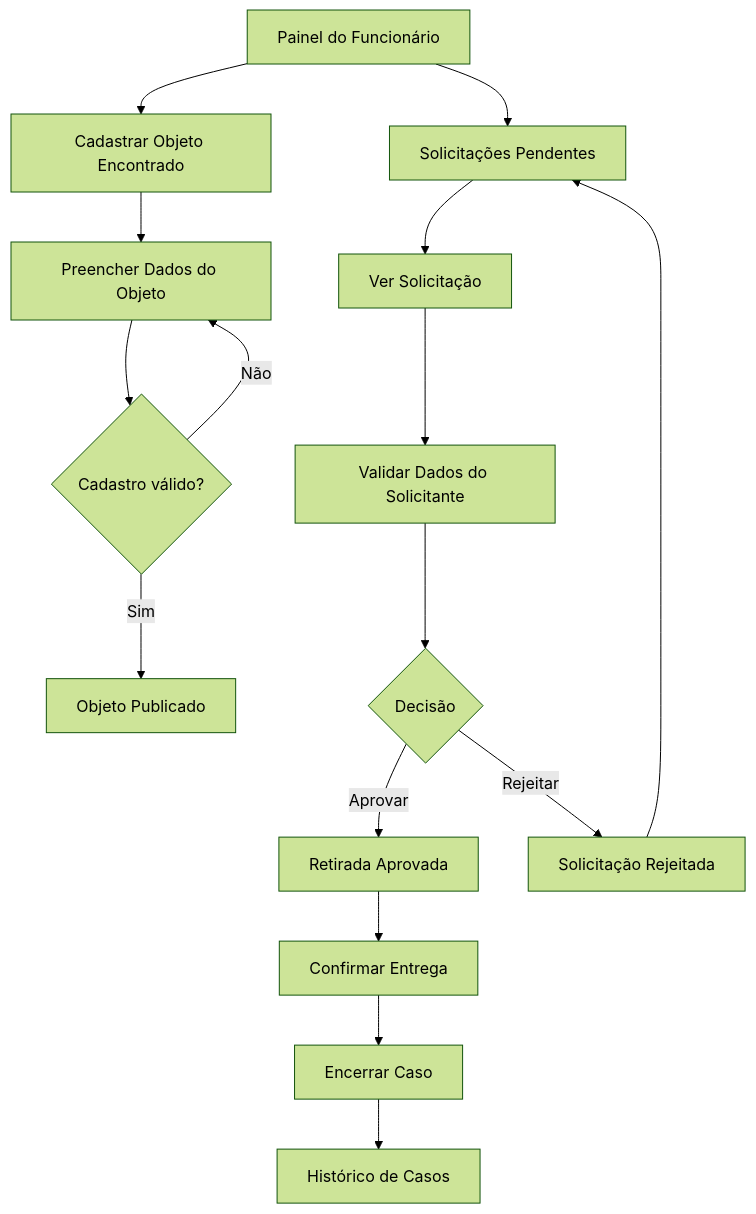
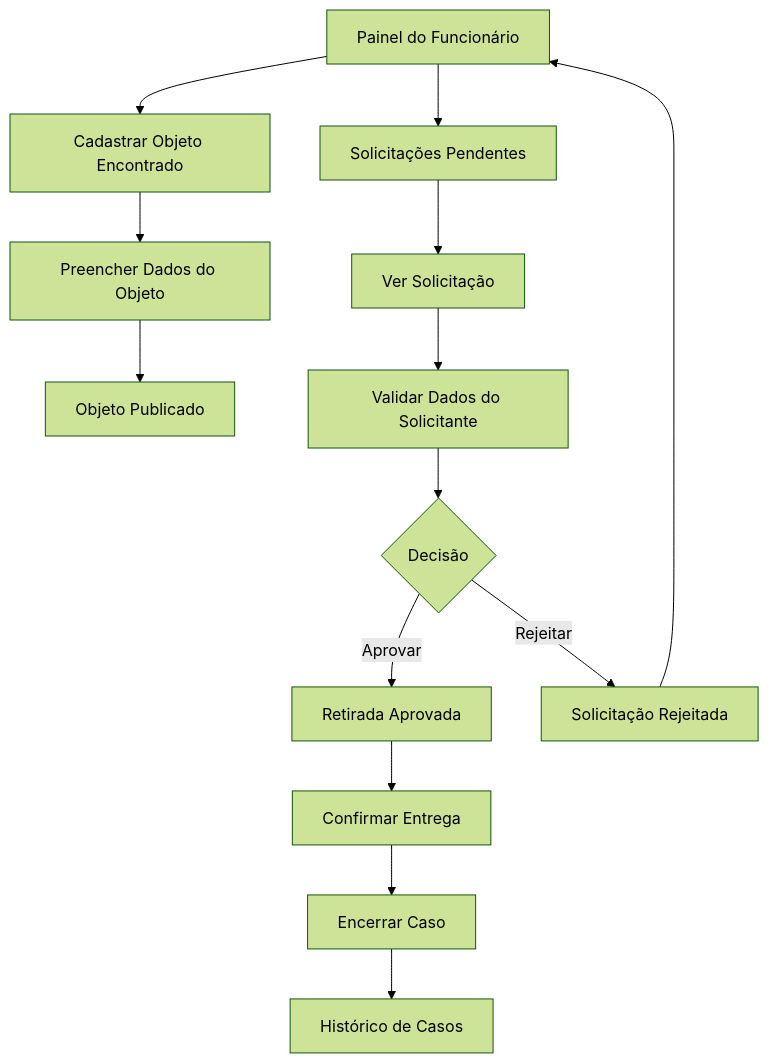
One commit to guisiq/projeto-de-interface changed the third of 3 diagrams in template-preenchido/projeto-achados-perdidos-unitins.md. Above: the diagram before and after it, drawn with Mermaid (forest theme). The commit also changed other lines of this file and 121 other files, not shown here.

````diff
--- a/template-preenchido/projeto-achados-perdidos-unitins.md
+++ b/template-preenchido/projeto-achados-perdidos-unitins.md
@@ -310,21 +306,19 @@
 ```mermaid
 flowchart TD
   A[Painel do Funcionário] --> B[Cadastrar Objeto Encontrado]
   A --> C[Solicitações Pendentes]
 
   B --> D[Preencher Dados do Objeto]
-  D --> E{Cadastro válido?}
-  E -->|Não| D
-  E -->|Sim| F[Objeto Publicado]
+  D --> E[Objeto Publicado]
 
   C --> G[Ver Solicitação]
   G --> H[Validar Dados do Solicitante]
   H --> I{Decisão}
   I -->|Aprovar| J[Retirada Aprovada]
   I -->|Rejeitar| K[Solicitação Rejeitada]
-  K --> C
+  K --> A
 
   J --> L[Confirmar Entrega]
   L --> M[Encerrar Caso]
   M --> N[Histórico de Casos]
 ```
````
